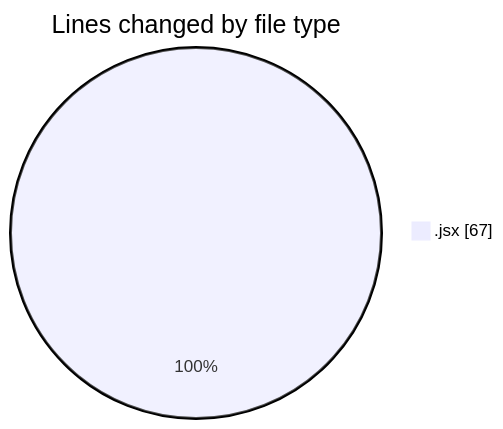
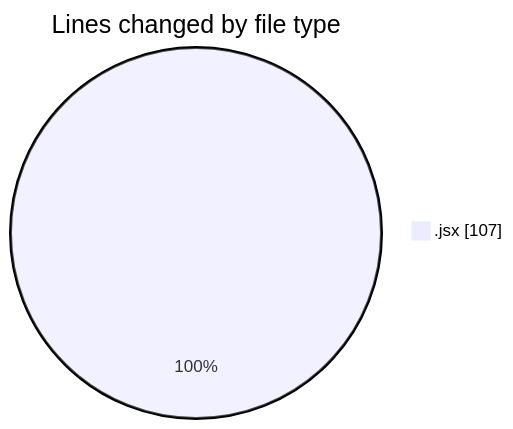
One commit to nxtqubesakshisongat/code-tracking changed the first of 2 diagrams in 2025-10-09/nxtqube_webapp/README.md. Above: the diagram before and after it, drawn with Mermaid. The commit also changed other lines of this file and 1 other file, not shown here.

````diff
--- a/2025-10-09/nxtqube_webapp/README.md
+++ b/2025-10-09/nxtqube_webapp/README.md
@@ -20,5 +20,5 @@
 ```mermaid
 pie showData
 title Lines changed by file type
-".jsx" : 67
+".jsx" : 107
 ```
````
